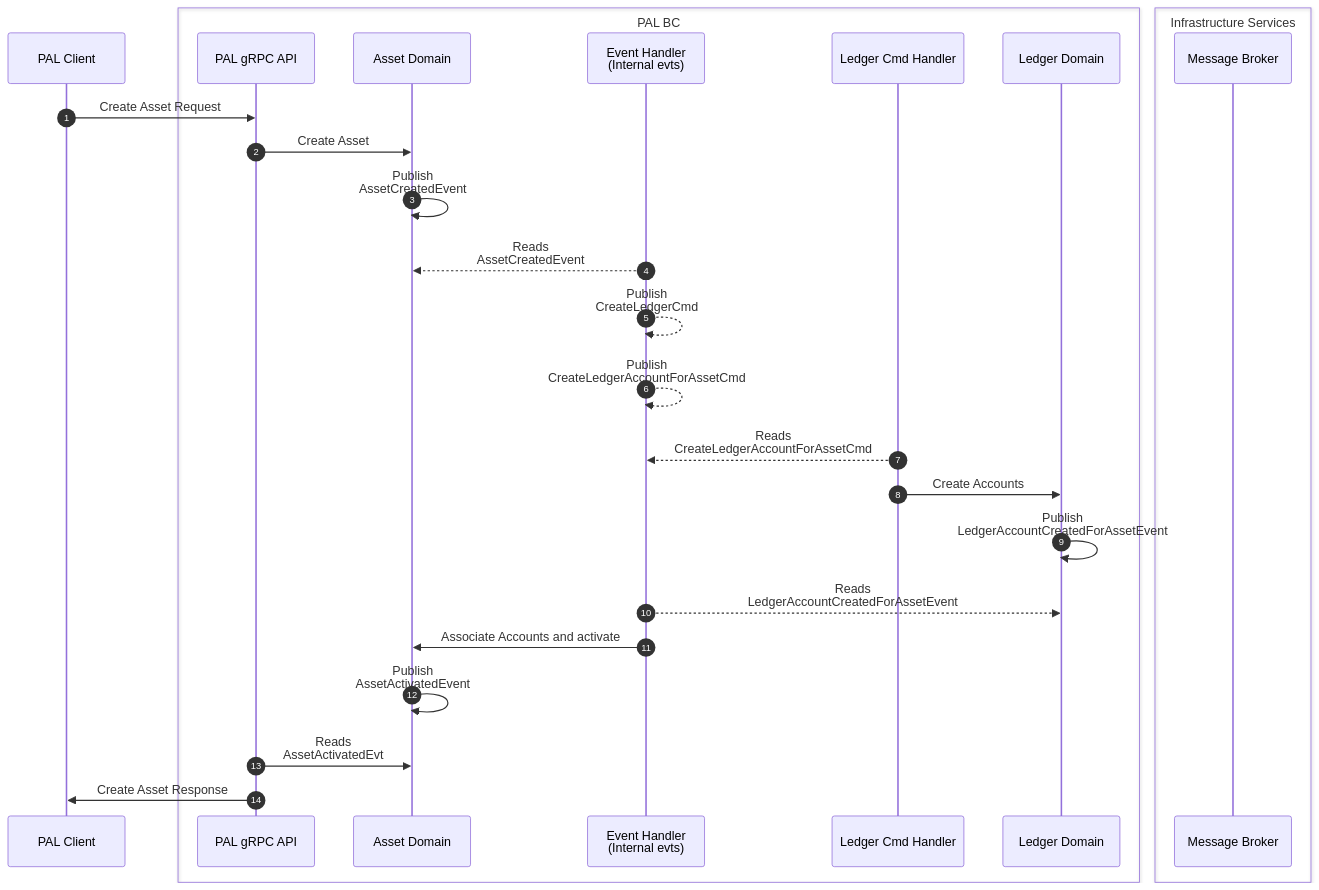
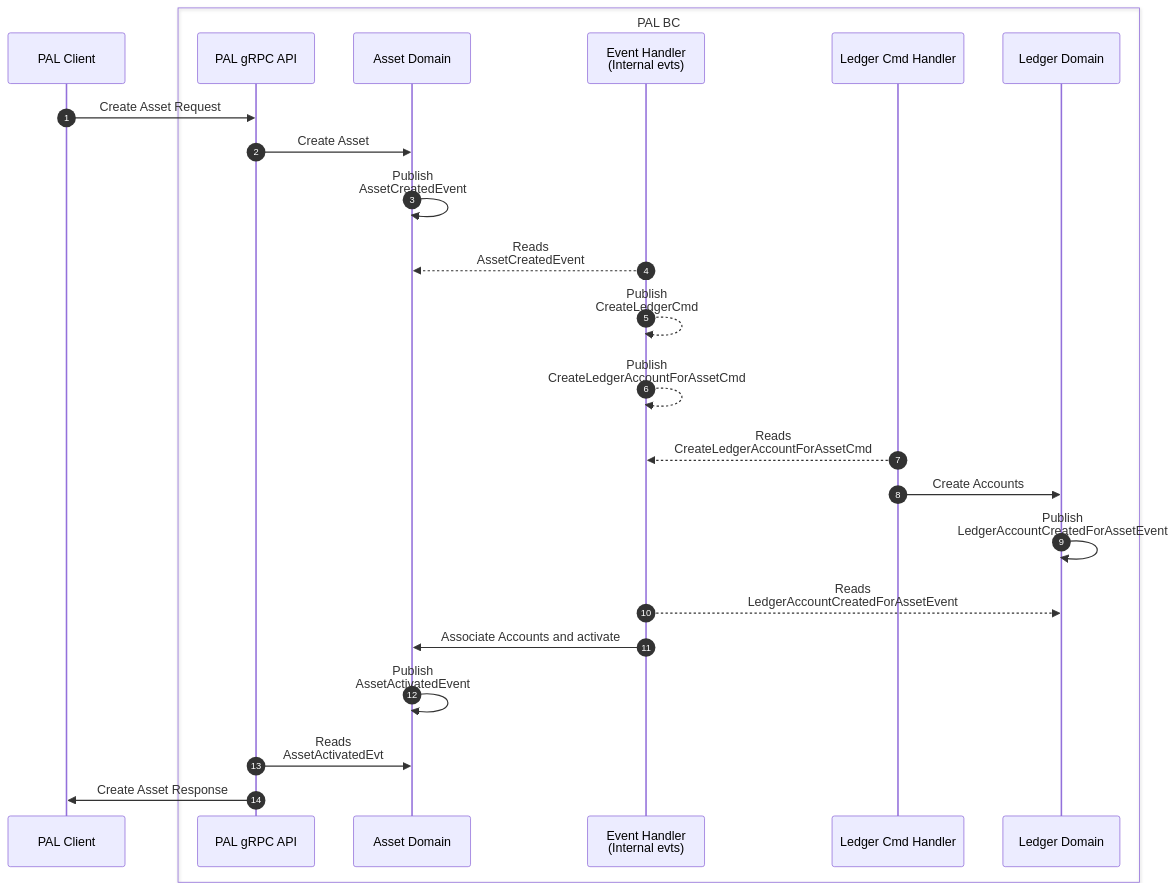
One commit to interledger/rhyza changed the first of 2 diagrams in internal-docs/sequence-diagrams/PAL-README.md. Above: the diagram before and after it, drawn with Mermaid. The commit also changed other lines of this file and 6 other files, not shown here.

````diff
--- a/internal-docs/sequence-diagrams/PAL-README.md
+++ b/internal-docs/sequence-diagrams/PAL-README.md
@@ -39,36 +39,32 @@
 ```mermaid
 sequenceDiagram
 	autonumber
 
   participant PAL_Cli as PAL Client
 
   box PAL BC
     participant PAL_API as PAL gRPC API
      participant ASSET_DOM as Asset Domain
     participant PAL_EVT as Event Handler<br>(Internal evts)
     participant PAL_LIQ_CMD as Ledger Cmd Handler
     participant LEDGER_DOM as Ledger Domain
-  end
-
-  box Infrastructure Services
-    participant BROKER as Message Broker
   end
 
   PAL_Cli ->> PAL_API: Create Asset Request
   PAL_API ->> ASSET_DOM: Create Asset
   ASSET_DOM ->> ASSET_DOM: Publish<br>AssetCreatedEvent
   PAL_EVT -->> ASSET_DOM: Reads<br>AssetCreatedEvent
 
   PAL_EVT -->> PAL_EVT: Publish<br>CreateLedgerCmd
   PAL_EVT -->> PAL_EVT: Publish<br>CreateLedgerAccountForAssetCmd
   PAL_LIQ_CMD -->> PAL_EVT: Reads<br>CreateLedgerAccountForAssetCmd
   PAL_LIQ_CMD ->> LEDGER_DOM: Create Accounts
   LEDGER_DOM ->> LEDGER_DOM: Publish<br>LedgerAccountCreatedForAssetEvent
 
   PAL_EVT -->> LEDGER_DOM: Reads<br>LedgerAccountCreatedForAssetEvent
   PAL_EVT ->> ASSET_DOM: Associate Accounts and activate
   ASSET_DOM ->> ASSET_DOM: Publish<br>AssetActivatedEvent
 
   PAL_API ->> ASSET_DOM: Reads<br>AssetActivatedEvt
   PAL_API ->> PAL_Cli: Create Asset Response
 ```
````
